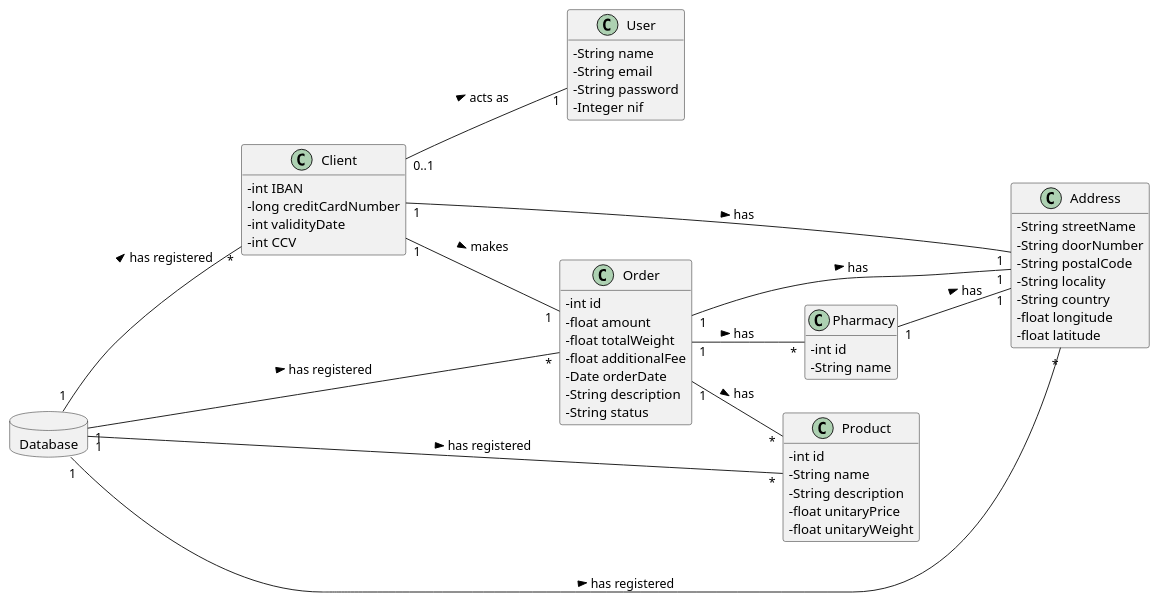
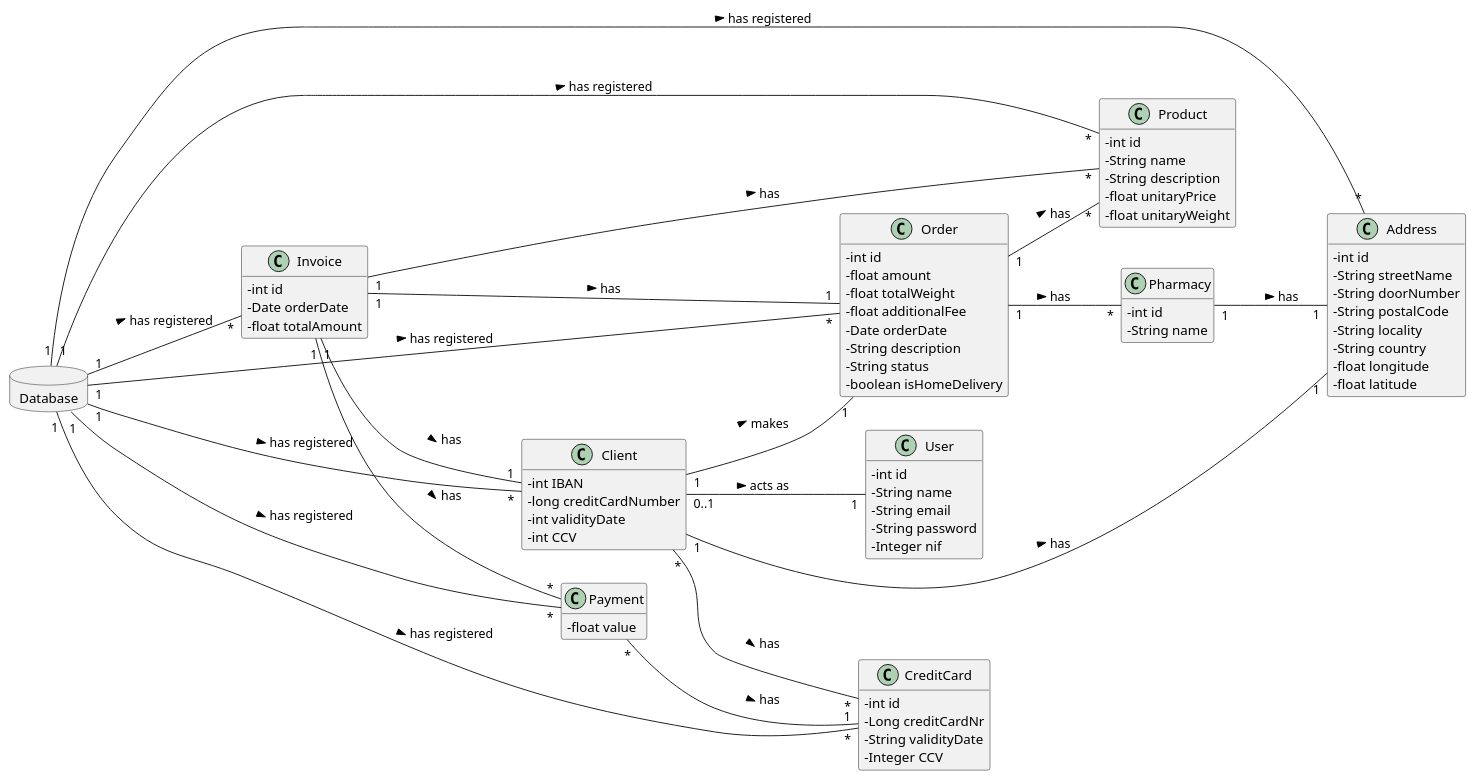
Before and after one commit to tiagoavcosta25/LAPR3: the diagram in docs/Iteration 2/Make An Order/Refinement/US25_MakeAnOrder/US25_DM.puml, drawn with PlantUML. The commit also changed 8 other files, not shown here.

```diff
--- a/docs/Iteration 2/Make An Order/Refinement/US25_MakeAnOrder/US25_DM.puml
+++ b/docs/Iteration 2/Make An Order/Refinement/US25_MakeAnOrder/US25_DM.puml
@@ -1,67 +1,95 @@
 @startuml
 skinparam classAttributeIconSize 0
 hide methods
 left to right direction
 
 database Database {
 }
 
 class Client{
 -   int IBAN
 -   long creditCardNumber
 -   int validityDate
 -   int CCV
 }
 
 class User{
+-   int id
 -   String name
 -   String email
 -   String password
 -   Integer nif
 }
 
 class Address{
+-   int id
 -   String streetName
 -   String doorNumber
 -   String postalCode
 -   String locality
 -   String country
 -   float longitude
 -   float latitude
 }
 
 class Order{
 -   int id
 -   float amount
 -   float totalWeight
 -   float additionalFee
 -   Date orderDate
 -   String description
 -   String status
+-   boolean isHomeDelivery
 }
 
 class Product{
 -   int id
 -   String name
 -   String description
 -   float unitaryPrice
 -   float unitaryWeight
 }
 
 class Pharmacy{
 -   int id
 -   String name
 }
 
+class CreditCard{
+-   int id
+-   Long creditCardNr
+-   String validityDate
+-   Integer CCV
+}
+
+class Payment{
+-   float value
+}
+
+class Invoice{
+-   int id
+-   Date orderDate
+-   float totalAmount
+}
+
 Database "1" -- "*" Client : has registered >
 Database "1" -- "*" Order : has registered >
 Database "1" -- "*" Product : has registered >
 Database "1" -- "*" Address : has registered >
+Database "1" -- "*" CreditCard : has registered >
+Database "1" -- "*" Payment : has registered >
+Database "1" -- "*" Invoice : has registered >
 Order "1" -- "*" Product : has >
 Order "1" -- "*" Pharmacy : has >
 Client "0..1" -- "1" User: acts as >
 Client "1" -- "1" Order : makes >
 Client "1" -- "1" Address : has >
-Order "1" -- "1" Address : has >
 Pharmacy "1" -- "1" Address : has >
+Client "*" -- "*" CreditCard : has >
+Payment "*" -- "1" CreditCard : has >
+Invoice "1" -- "*" Payment : has >
+Invoice "1" -- "*" Product : has >
+Invoice "1" -- "1" Order : has >
+Invoice "1" -- "1" Client : has >
 @enduml
```
